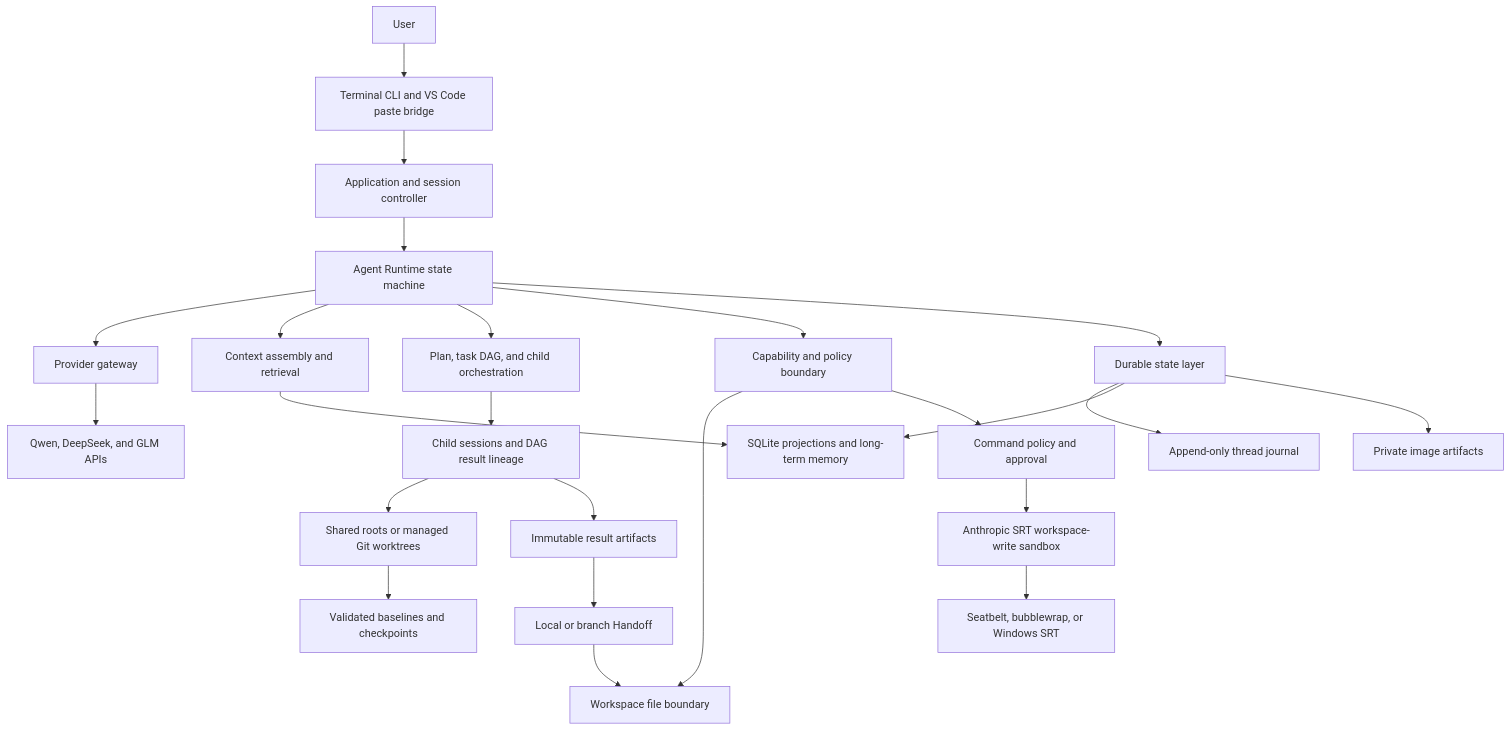
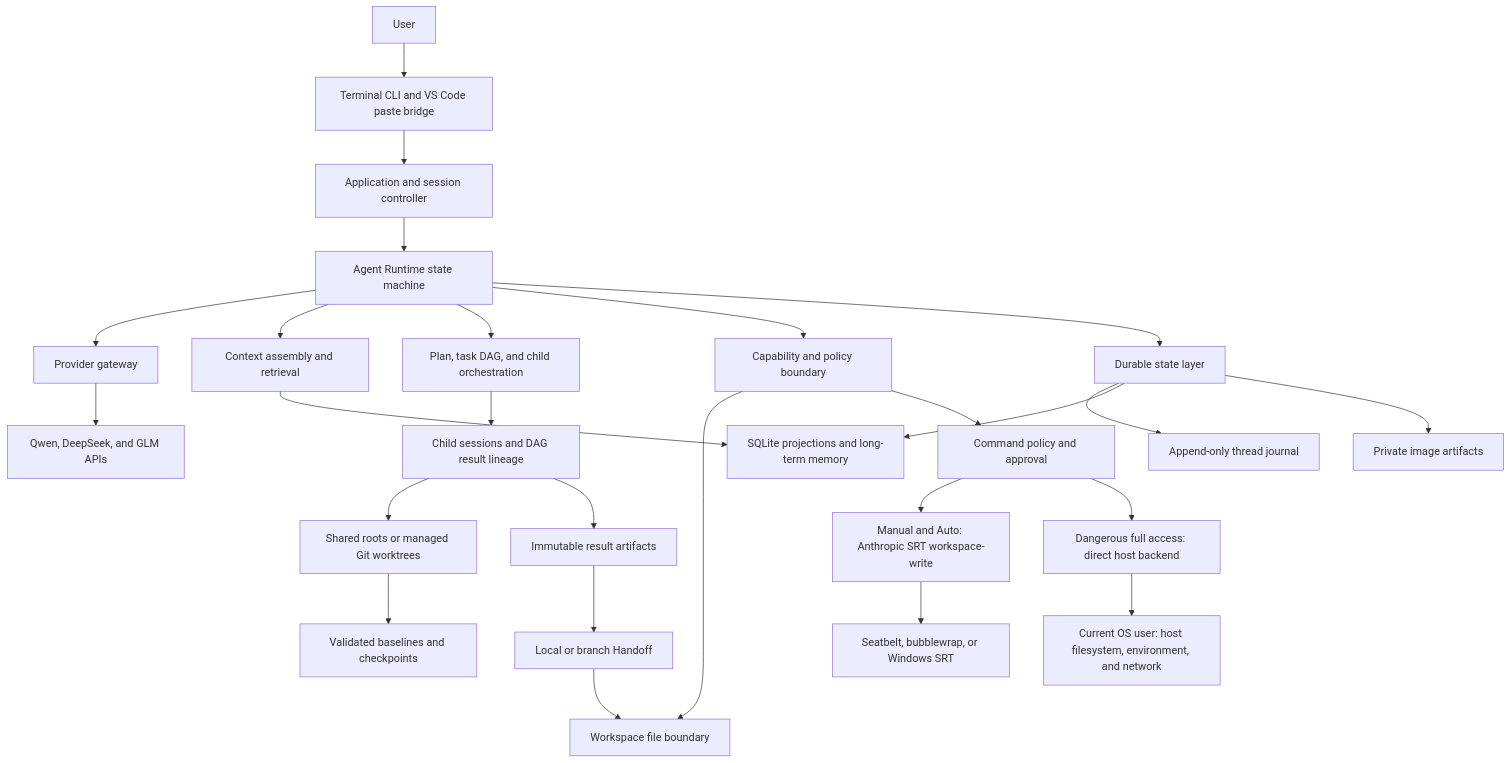
The first of 2 diagrams in docs/TECHNICAL_DESIGN.md (dd1000001000/EASY_CODE), drawn with Mermaid before and after one commit. The commit also changed other lines of this file and 42 other files, not shown here.

````diff
--- a/docs/TECHNICAL_DESIGN.md
+++ b/docs/TECHNICAL_DESIGN.md
@@ -26,29 +28,31 @@
 ```mermaid
 flowchart TB
     User[User] --> UI[Terminal CLI and VS Code paste bridge]
     UI --> App[Application and session controller]
     App --> Runtime[Agent Runtime state machine]
 
     Runtime --> Provider[Provider gateway]
     Runtime --> Context[Context assembly and retrieval]
     Runtime --> Orchestration[Plan, task DAG, and child orchestration]
     Runtime --> Capabilities[Capability and policy boundary]
 
     Provider --> APIs[Qwen, DeepSeek, and GLM APIs]
     Capabilities --> Workspace[Workspace file boundary]
     Capabilities --> Commands[Command policy and approval]
-    Commands --> Sandbox[Anthropic SRT workspace-write sandbox]
+    Commands --> Sandbox[Manual and Auto: Anthropic SRT workspace-write]
     Sandbox --> OS[Seatbelt, bubblewrap, or Windows SRT]
+    Commands --> Host[Dangerous full access: direct host backend]
+    Host --> HostOS[Current OS user: host filesystem, environment, and network]
     Orchestration --> Children[Child sessions and DAG result lineage]
     Children --> Environments[Shared roots or managed Git worktrees]
     Environments --> Snapshots[Validated baselines and checkpoints]
     Children --> Results[Immutable result artifacts]
     Results --> Handoff[Local or branch Handoff]
     Handoff --> Workspace
 
     Runtime --> State[Durable state layer]
     State --> Journal[Append-only thread journal]
     State --> Database[SQLite projections and long-term memory]
     State --> Artifacts[Private image artifacts]
     Context --> Database
 ```
````
